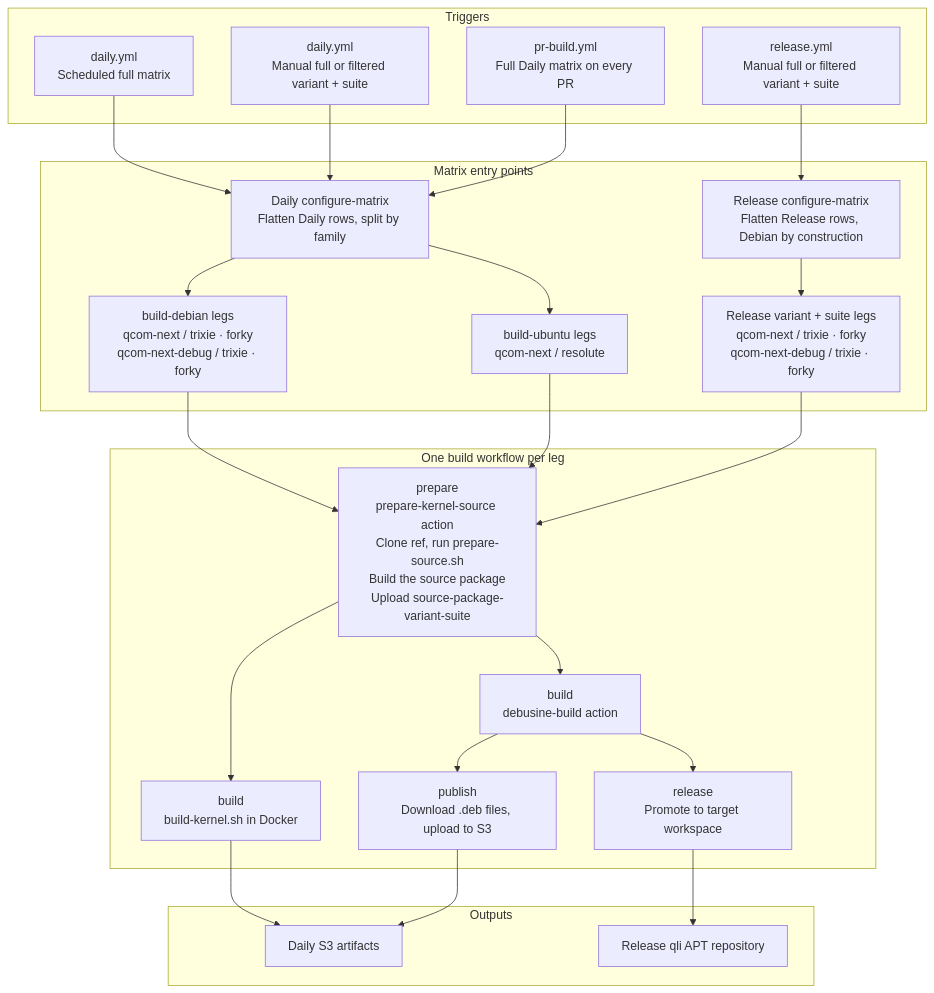
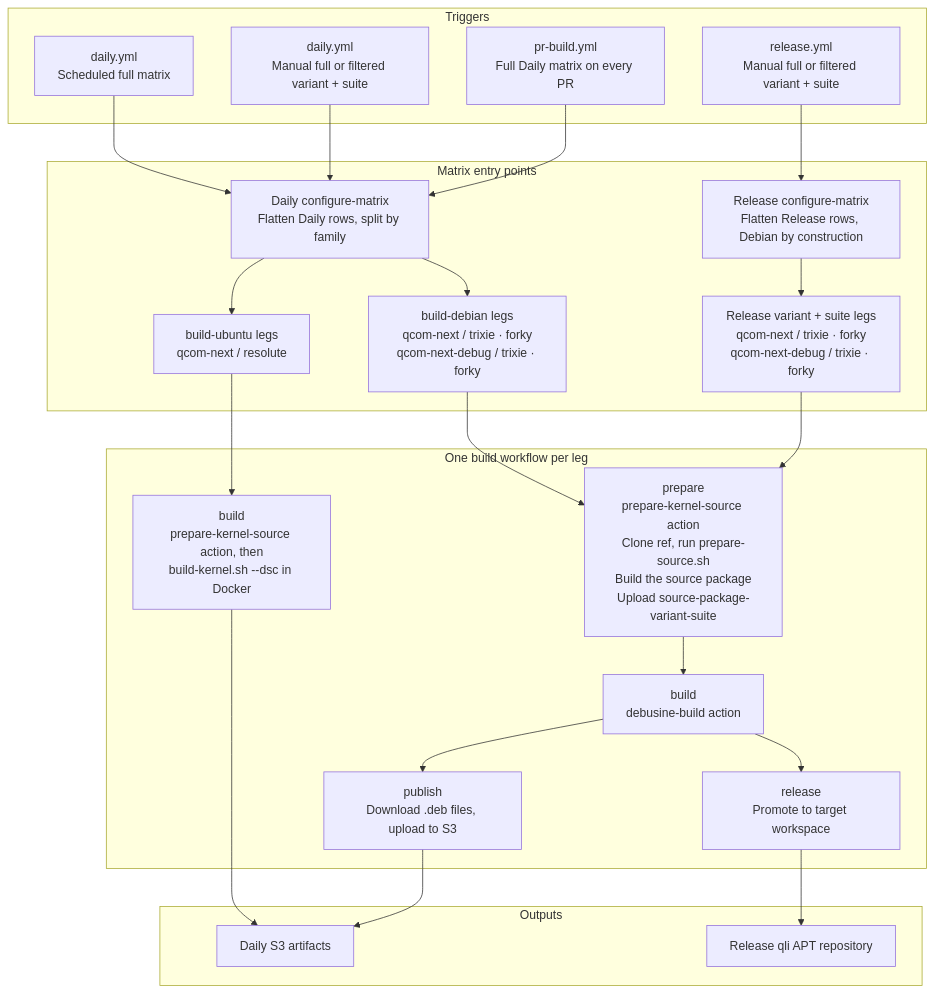
Before and after one commit to qualcomm-linux/pkg-linux-qcom: the second of 6 diagrams in README.md, drawn with Mermaid. The commit also changed other lines of this file and 1 other file, not shown here.

Commit message:
ci: build the Ubuntu leg in one job
The prepare job and the build job ran on the same runner label, so the
only thing the artifact between them did was cross a job boundary that
had no other reason to exist: uploaded by one ephemeral runner to be
downloaded by the next. One job now clones, prepares, builds the source
package and builds the binaries from it in place. The action still
uploads the .changes set, as the record of what was built, but nothing
downloads it.

The build job's own image-fetch step goes with it. It repeated the
action's pull-or-build decision for one suite; the action makes that
decision for every suite before prepare-source.sh runs, and leaves the
docker-pkg-build checkout where build-kernel.sh looks for it when it had
to build the image.

````diff
--- a/README.md
+++ b/README.md
@@ -315,45 +315,45 @@
 ```mermaid
 flowchart TD
     subgraph triggers[Triggers]
         A1["daily.yml\nScheduled full matrix"]
         A2["daily.yml\nManual full or filtered variant + suite"]
         A5["pr-build.yml\nFull Daily matrix on every PR"]
         A3["release.yml\nManual full or filtered variant + suite"]
     end
 
     subgraph matrix[Matrix entry points]
         B1["Daily configure-matrix\nFlatten Daily rows, split by family"]
         B2["build-debian legs\nqcom-next / trixie · forky\nqcom-next-debug / trixie · forky"]
         B5["build-ubuntu legs\nqcom-next / resolute"]
         B3["Release configure-matrix\nFlatten Release rows, Debian by construction"]
         B4["Release variant + suite legs\nqcom-next / trixie · forky\nqcom-next-debug / trixie · forky"]
     end
 
     subgraph build[One build workflow per leg]
         C2["prepare\nprepare-kernel-source action\nClone ref, run prepare-source.sh\nBuild the source package\nUpload source-package-variant-suite"]
         C3["build\ndebusine-build action"]
-        C4["build\nbuild-kernel.sh in Docker"]
+        C4["build\nprepare-kernel-source action, then\nbuild-kernel.sh --dsc in Docker"]
         C5["publish\nDownload .deb files, upload to S3"]
         C6["release\nPromote to target workspace"]
     end
 
     subgraph outputs[Outputs]
         D1["Daily S3 artifacts"]
         D2["Release qli APT repository"]
     end
 
     A1 --> B1
     A2 --> B1
     A5 --> B1
     A3 --> B3
     B1 --> B2 & B5
     B3 --> B4
     B2 --> C2
-    B5 --> C2
+    B5 --> C4
     B4 --> C2
-    C2 --> C3 & C4
+    C2 --> C3
     C3 --> C5 & C6
     C4 --> D1
     C5 --> D1
     C6 --> D2
 ```
````
